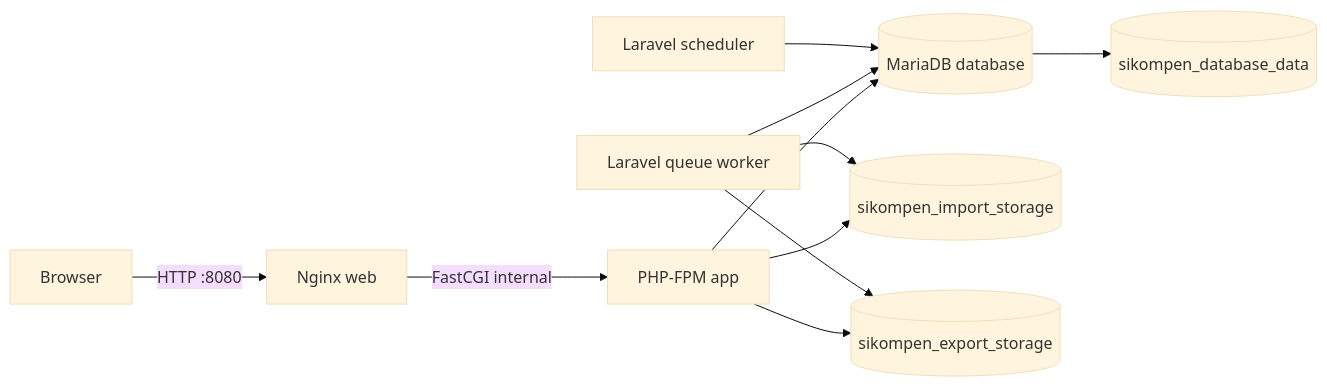
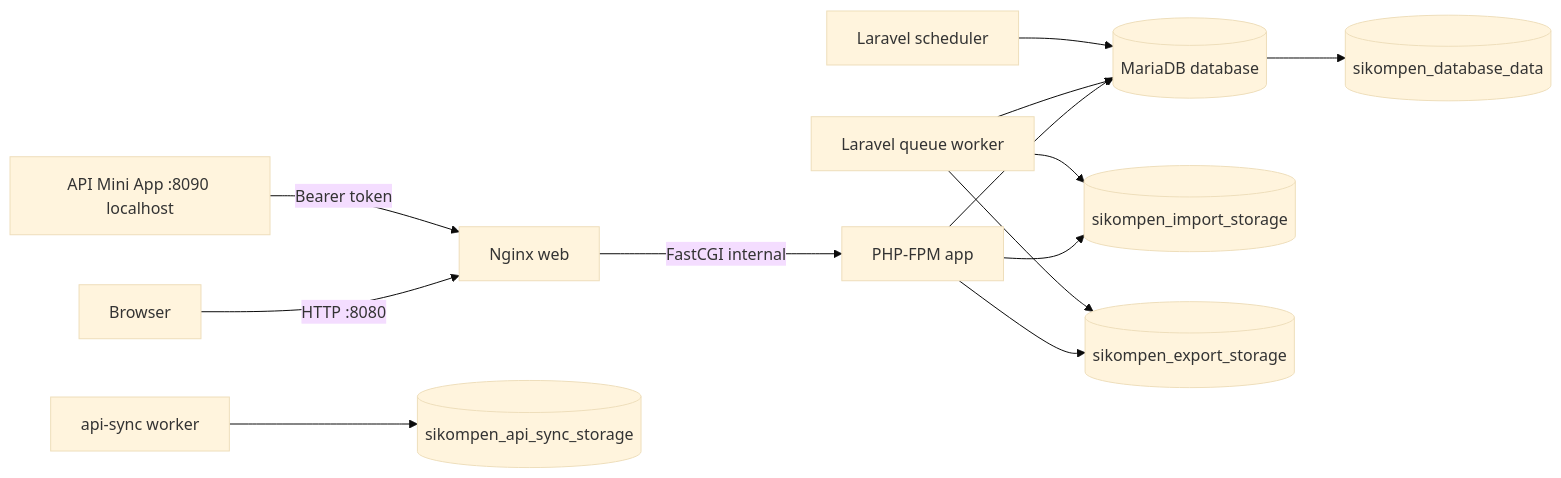
Before and after one commit to khairuonwork/sikompen_ae: the diagram in docs/deployment-guide.md, drawn with Mermaid (base theme). The commit also changed other lines of this file and 41 other files, not shown here.

````diff
--- a/docs/deployment-guide.md
+++ b/docs/deployment-guide.md
@@ -7,13 +7,15 @@
 ```mermaid
 flowchart LR
     Browser -->|HTTP :8080| Web[Nginx web]
     Web -->|FastCGI internal| App[PHP-FPM app]
     App --> DB[(MariaDB database)]
     Queue[Laravel queue worker] --> DB
     Scheduler[Laravel scheduler] --> DB
     App --> Files[(sikompen_import_storage)]
     Queue --> Files
     App --> Exports[(sikompen_export_storage)]
     Queue --> Exports
+    ApiSync[api-sync worker] --> ApiFiles[(sikompen_api_sync_storage)]
+    Mini[API Mini App :8090 localhost] -->|Bearer token| Web
     DB --> DBVolume[(sikompen_database_data)]
 ```
````
